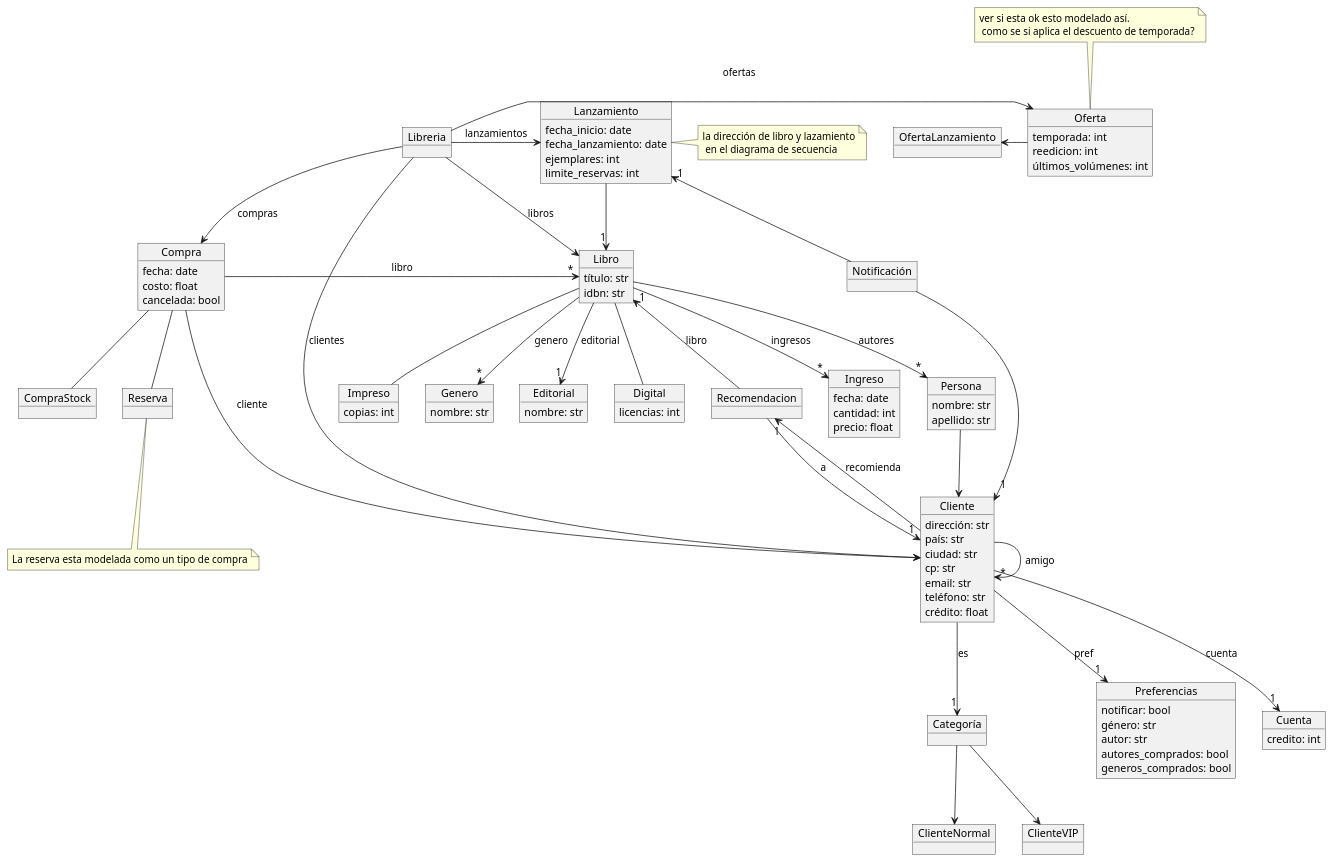
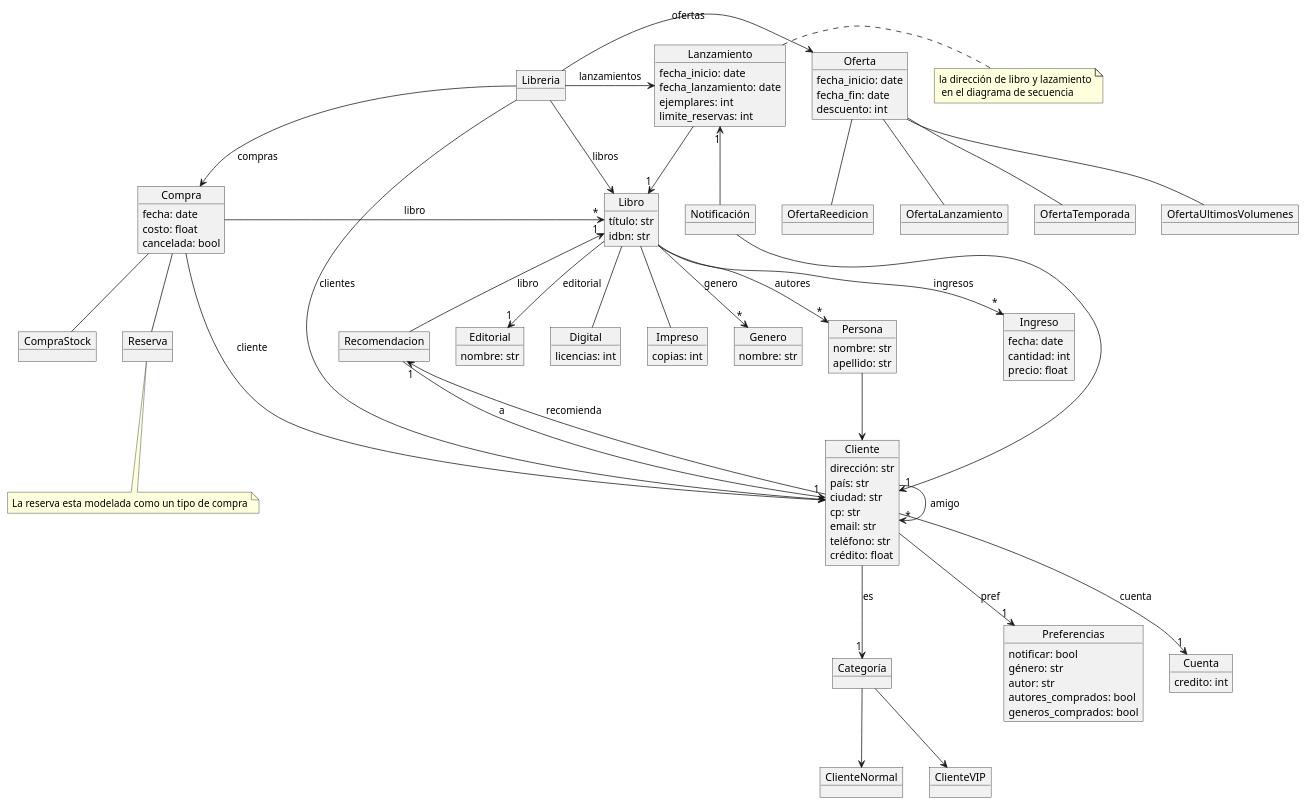
The diagram in tp/modelo-de-dominio.plantuml (pablodanielrey/dsbm), drawn with PlantUML before and after one commit. The commit also changed 1 other file, not shown here.

```diff
--- a/tp/modelo-de-dominio.plantuml
+++ b/tp/modelo-de-dominio.plantuml
@@ -1,161 +1,168 @@
 @startuml
 
+together {
 
-object Oferta {
-    temporada: int
-    reedicion: int
-    últimos_volúmenes: int
-}
+    object Oferta {
+        fecha_inicio: date
+        fecha_fin: date
+        descuento: int
+    }
 
-object OfertaLanzamiento {
+    object OfertaLanzamiento
+    object OfertaTemporada
+    object OfertaUltimosVolumenes
+    object OfertaReedicion
+
+    OfertaLanzamiento -u- Oferta
+    OfertaReedicion -u- Oferta
+    OfertaUltimosVolumenes -u- Oferta
+    OfertaTemporada -u- Oferta
 
 }
 
-OfertaLanzamiento <- Oferta
-note top of Oferta: ver si esta ok esto modelado así.\n como se si aplica el descuento de temporada?
 
 together {
     object Persona {
         nombre: str
         apellido: str
     }
     object Cliente {
         dirección: str
         país: str
         ciudad: str
         cp: str
         email: str
         teléfono: str
         crédito: float
     }
 
     object Categoría
     object ClienteNormal
     object ClienteVIP
 }
 
 object Preferencias {
     notificar: bool
     género: str
     autor: str
     autores_comprados: bool
     generos_comprados: bool
 }
 
 together {
     object Libro {
         título: str
         idbn: str
     }
     object Digital {
         licencias: int
     }
     object Impreso {
         copias: int
     }
     object Genero {
         nombre: str
     }
     object Editorial {
         nombre: str
     }
 
 }
 
 together {
 
     object Compra {
         fecha: date
         costo: float
         cancelada: bool
     }
     object CompraStock {
     }
     object Reserva {
     }
     note bottom of Reserva: La reserva esta modelada como un tipo de compra
 }
 
 object Ingreso {
     fecha: date
     cantidad: int
     precio: float
 }
 
 object Recomendacion
 
 object Notificación
 
 object Libreria {
 }
 
 object Lanzamiento {
     fecha_inicio: date
     fecha_lanzamiento: date
     ejemplares: int
     limite_reservas: int
 }
 note right of Lanzamiento: la dirección de libro y lazamiento\n en el diagrama de secuencia
 
 
 object Cuenta {
     credito: int
 }
 
 
 Libreria -> Cliente : clientes
 Libreria -> Libro : libros
 Libreria -> Compra : compras
 Libreria -> Oferta : ofertas
 Libreria -> Lanzamiento : lanzamientos
 
 /'
 object Inventario
 object StockDigital {
     licencias: int
 }
 object StockFisico {
     copias: int
 }
 
 Inventario -u- StockDigital
 StockDigital -u- "1" Digital : en_stock
 Inventario -u- StockFisico
 StockFisico -u- "1" Impreso : en_stock
 '/
 
 Cliente -d-> "1" Preferencias : pref
 Cliente -d-> "1" Cuenta : cuenta
 
 
 Compra -> "*" Libro : libro
 Compra -d- CompraStock
 Compra -d- Reserva
 Compra -> Cliente : cliente
 
 Libro --> "*" Persona : autores
 Libro --> "*" Genero: genero
 Libro --> "1" Editorial: editorial
 Libro --> "*" Ingreso : ingresos
 
 Persona -d-> Cliente
 Cliente -d-> "1" Categoría : es
 Categoría -d-> ClienteNormal
 Categoría -d-> ClienteVIP
 
 'Cliente ---> "*" Compra : realiza
 Cliente -> "*" Cliente : amigo
 Cliente -u-> "1" Recomendacion : recomienda
 Recomendacion --> "1" Cliente : a
 Recomendacion -l-> "1" Libro : libro
 
 
 Libro -d- Digital
 Libro -d- Impreso
 
 Lanzamiento -d-> "1" Libro
 
 Notificación -> "1" Cliente
 Notificación -u-> "1" Lanzamiento
 
 @enduml
```
